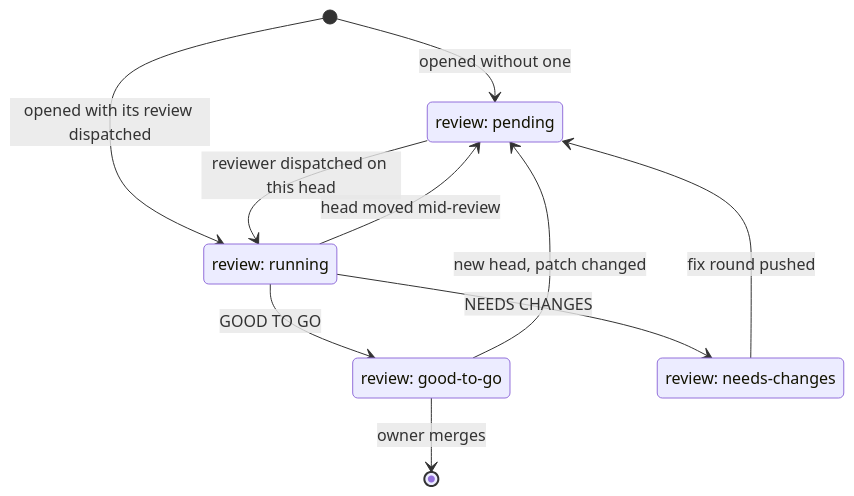
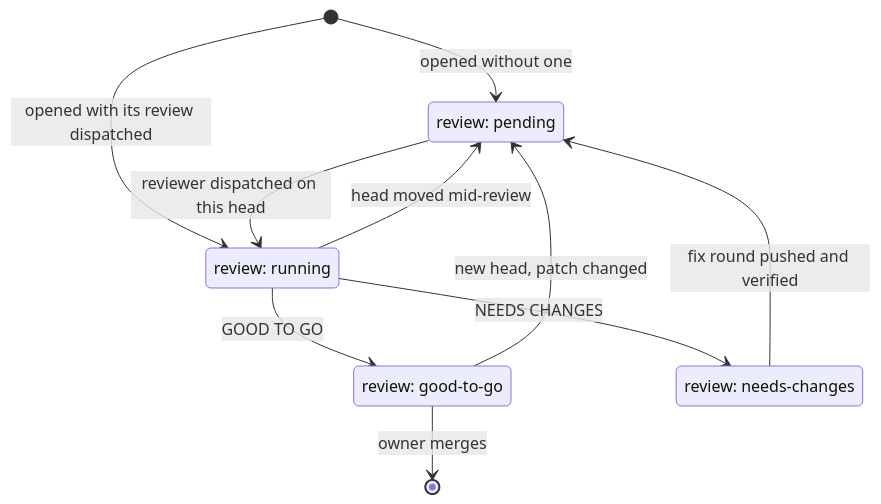
One commit to JarryShaw/PyPCAPKit changed the fourth of 7 diagrams in docs/source/contributing/maintenance.rst. Above: the diagram before and after it, drawn with Mermaid. The commit also changed other lines of this file, not shown here.

```diff
--- a/docs/source/contributing/maintenance.rst
+++ b/docs/source/contributing/maintenance.rst
@@ -270,17 +276,17 @@
 .. mermaid::
 
    stateDiagram-v2
        direction TB
        state "review: pending" as RP
        state "review: running" as RR
        state "review: good-to-go" as RG
        state "review: needs-changes" as RN
        [*] --> RR : opened with its review dispatched
        [*] --> RP : opened without one
        RP --> RR : reviewer dispatched on this head
        RR --> RG : GOOD TO GO
        RR --> RN : NEEDS CHANGES
        RR --> RP : head moved mid-review
-       RN --> RP : fix round pushed
+       RN --> RP : fix round pushed and verified
        RG --> RP : new head, patch changed
        RG --> [*] : owner merges
```
